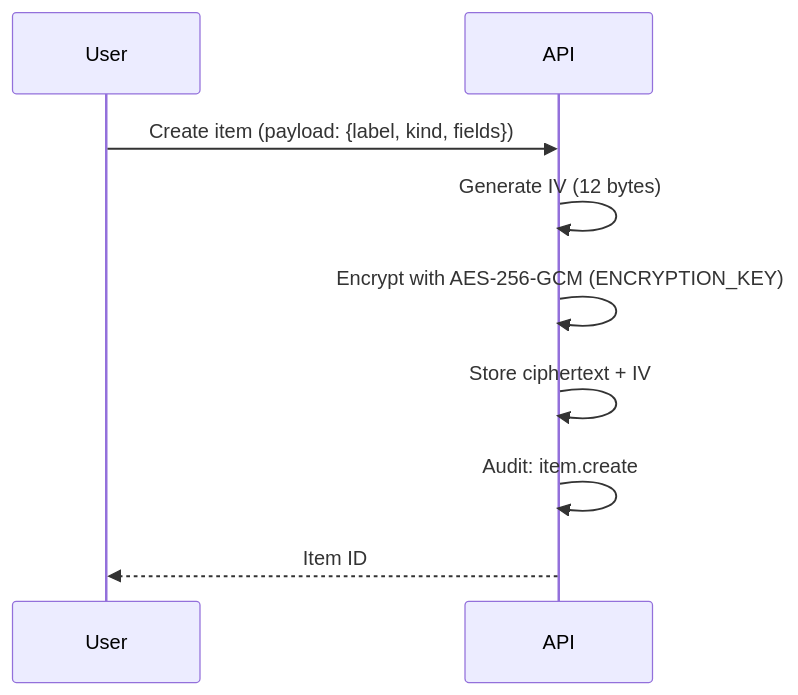
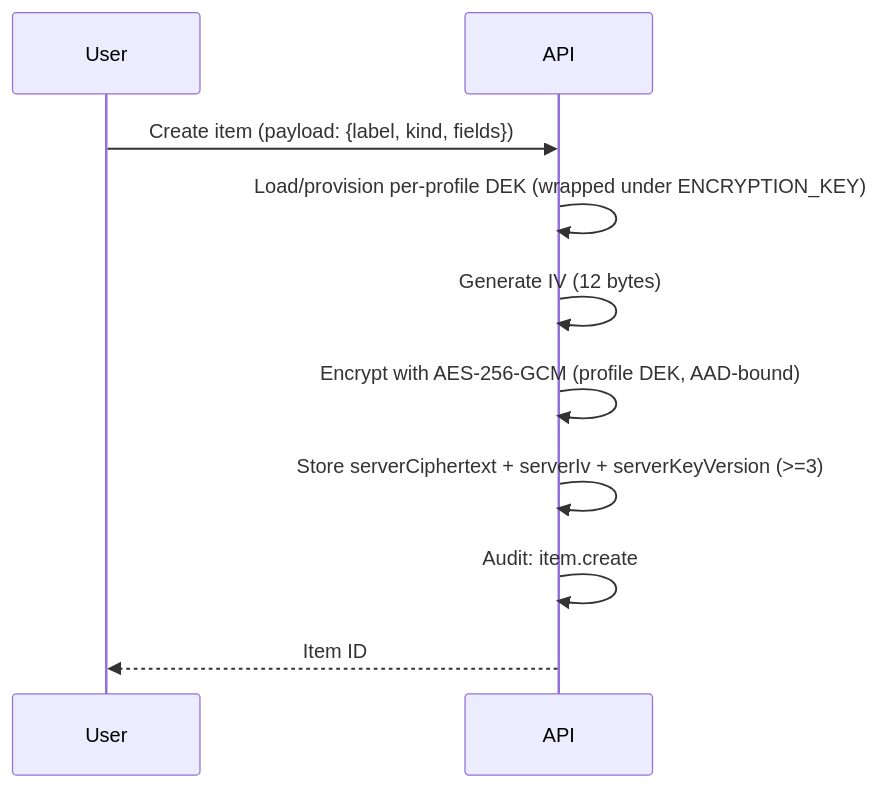
Diagram 11 of 16 in apps/docs/workflows/flows.mdx (punitarani/abadge), drawn with Mermaid before and after one commit. The commit also changed other lines of this file and 217 other files, not shown here.

````diff
--- a/apps/docs/workflows/flows.mdx
+++ b/apps/docs/workflows/flows.mdx
@@ -213,12 +242,13 @@
 ```mermaid
 sequenceDiagram
   participant User as User
   participant API as API
 
   User->>API: Create item (payload: {label, kind, fields})
+  API->>API: Load/provision per-profile DEK (wrapped under ENCRYPTION_KEY)
   API->>API: Generate IV (12 bytes)
-  API->>API: Encrypt with AES-256-GCM (ENCRYPTION_KEY)
-  API->>API: Store ciphertext + IV
+  API->>API: Encrypt with AES-256-GCM (profile DEK, AAD-bound)
+  API->>API: Store serverCiphertext + serverIv + serverKeyVersion (>=3)
   API->>API: Audit: item.create
   API-->>User: Item ID
 ```
````
